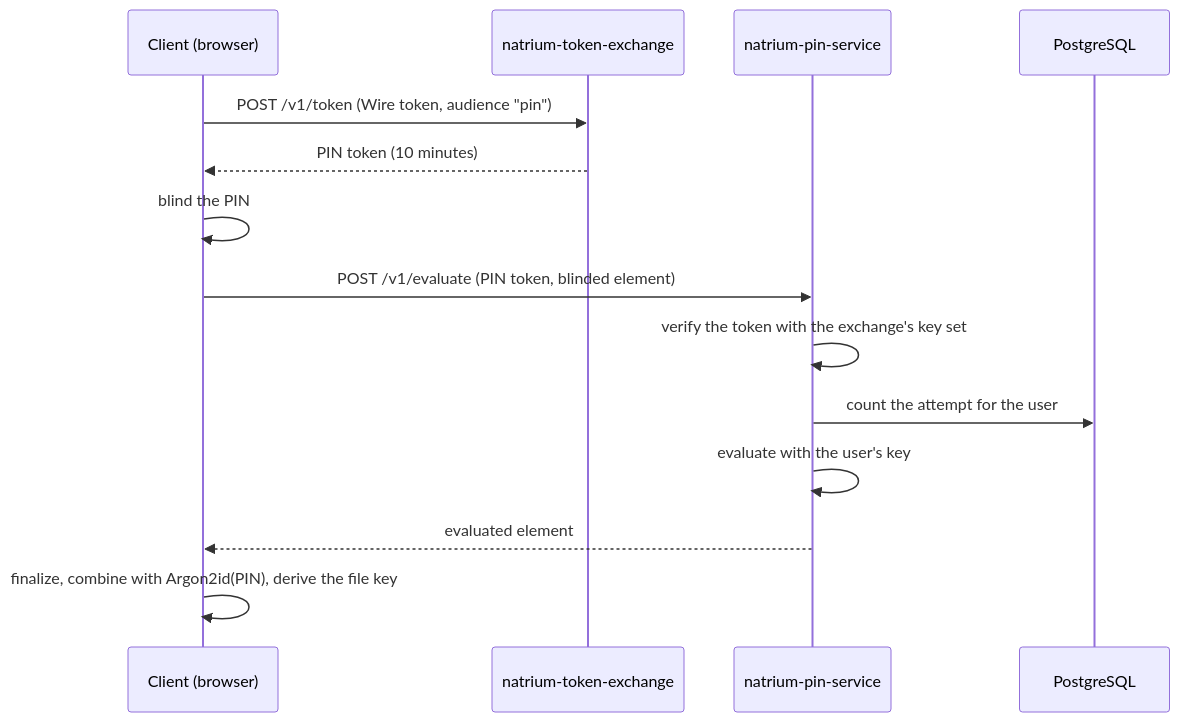
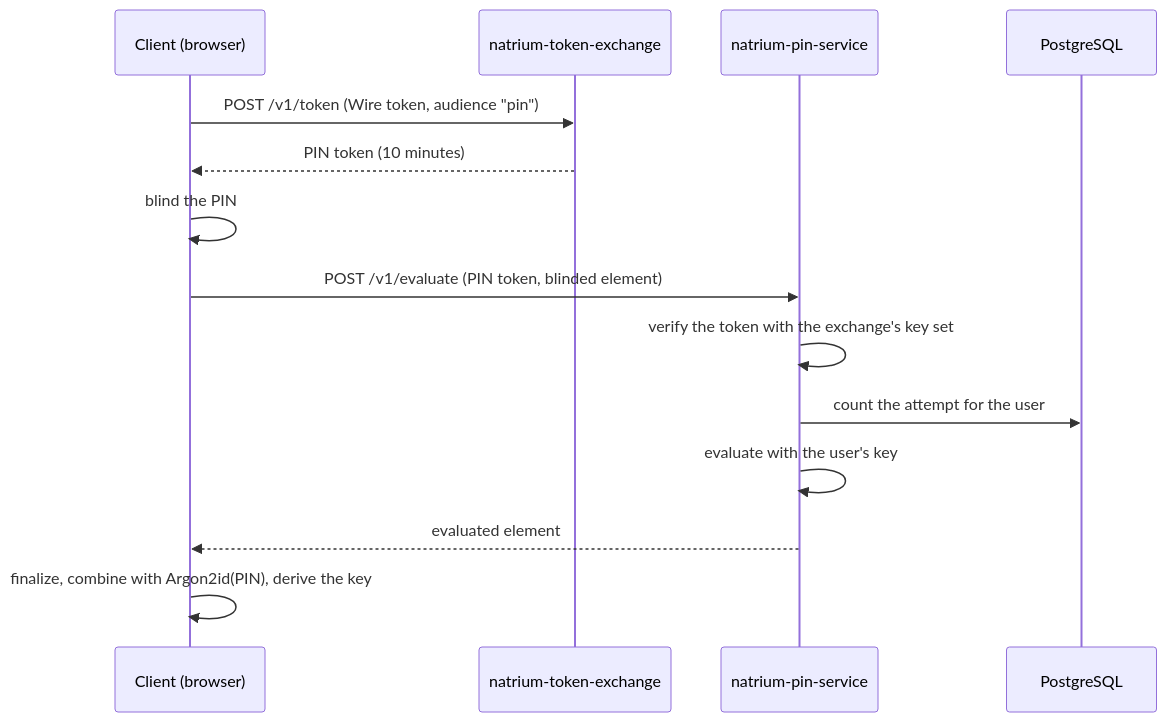
The diagram in README.md (SchwarzDigits/natrium-pin-service), drawn with Mermaid before and after one commit. The commit also changed other lines of this file and 6 other files, not shown here.

````diff
--- a/README.md
+++ b/README.md
@@ -33,16 +33,16 @@
 ```mermaid
 sequenceDiagram
     participant C as Client (browser)
     participant T as natrium-token-exchange
     participant P as natrium-pin-service
     participant D as PostgreSQL
     C->>T: POST /v1/token (Wire token, audience "pin")
     T-->>C: PIN token (10 minutes)
     C->>C: blind the PIN
     C->>P: POST /v1/evaluate (PIN token, blinded element)
     P->>P: verify the token with the exchange's key set
     P->>D: count the attempt for the user
     P->>P: evaluate with the user's key
     P-->>C: evaluated element
-    C->>C: finalize, combine with Argon2id(PIN), derive the file key
+    C->>C: finalize, combine with Argon2id(PIN), derive the key
 ```
````
